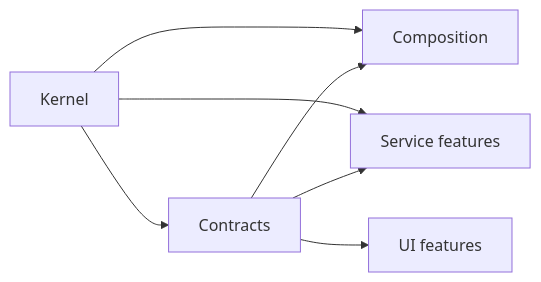
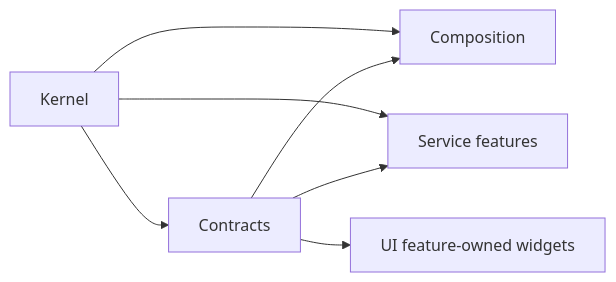
One commit to haruperi/HaruQuantAI changed the diagram in docs/ARCHITECTURE.md. Above: the diagram before and after it, drawn with Mermaid. The commit also changed other lines of this file and 7 other files, not shown here.

Commit message:
docs(ui): adopt spatiotemporal widget architecture

````diff
--- a/docs/ARCHITECTURE.md
+++ b/docs/ARCHITECTURE.md
@@ -100,9 +102,9 @@
 ```mermaid
 flowchart LR
     K[Kernel] --> C[Contracts]
     K --> O[Composition]
     C --> O
     K --> S[Service features]
     C --> S
-    C --> U[UI features]
+    C --> U[UI feature-owned widgets]
 ```
````
